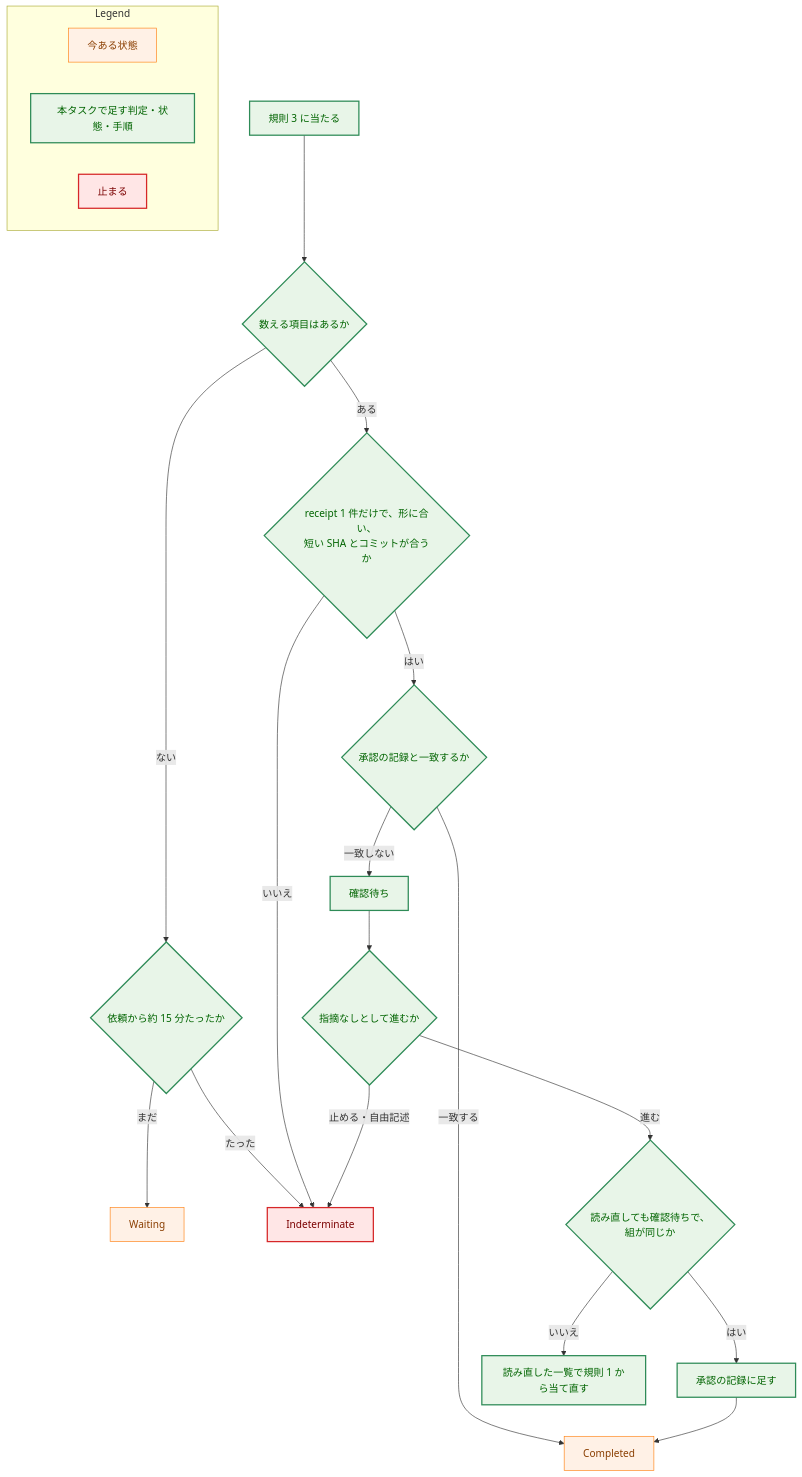
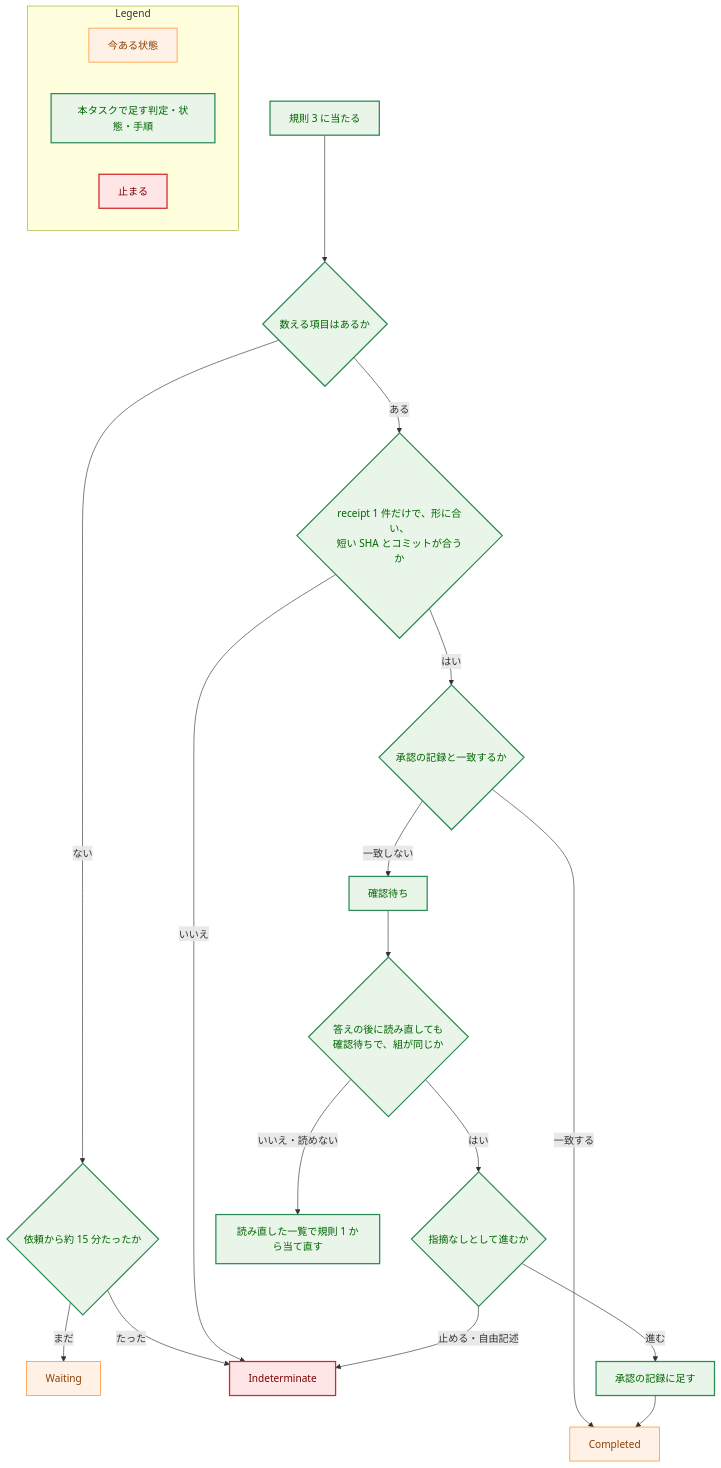
One commit to isseis/yt2column changed the fifth of 5 diagrams in docs/tasks/0108_codex_null_findings_receipt/02_architecture.md. Above: the diagram before and after it, drawn with Mermaid. The commit also changed other lines of this file, not shown here.

First line of the commit message:
docs(0108): close the review gaps around applying an answer

````diff
--- a/docs/tasks/0108_codex_null_findings_receipt/02_architecture.md
+++ b/docs/tasks/0108_codex_null_findings_receipt/02_architecture.md
@@ -592,50 +593,50 @@
 ```mermaid
 flowchart TD
     classDef process fill:#fff1e6,stroke:#ff7f0e,stroke-width:1px,color:#8a3e00;
     classDef enhanced fill:#e8f5e8,stroke:#2e8b57,stroke-width:2px,color:#006400;
     classDef problem fill:#ffe6e6,stroke:#d62728,stroke-width:2px,color:#7b0000;
 
     START["規則 3 に当たる"]
     COUNT{"数える項目はあるか"}
     DEADLINE{"依頼から約 15 分たったか"}
     ONE{"receipt 1 件だけで、形に合い、<br>短い SHA とコミットが合うか"}
     MATCH{"承認の記録と一致するか"}
     WAIT["Waiting"]
     IND["Indeterminate"]
     DONE["Completed"]
     ASK["確認待ち"]
     ANSWER{"指摘なしとして進むか"}
-    RECHECK{"読み直しても確認待ちで、<br>組が同じか"}
+    RECHECK{"答えの後に読み直しても<br>確認待ちで、組が同じか"}
     REMEMBER["承認の記録に足す"]
     AGAIN["読み直した一覧で規則 1 から当て直す"]
 
     START --> COUNT
     COUNT -->|"ない"| DEADLINE
     DEADLINE -->|"まだ"| WAIT
     DEADLINE -->|"たった"| IND
     COUNT -->|"ある"| ONE
     ONE -->|"いいえ"| IND
     ONE -->|"はい"| MATCH
     MATCH -->|"一致する"| DONE
     MATCH -->|"一致しない"| ASK
-    ASK --> ANSWER
+    ASK --> RECHECK
+    RECHECK -->|"いいえ・読めない"| AGAIN
+    RECHECK -->|"はい"| ANSWER
     ANSWER -->|"止める・自由記述"| IND
-    ANSWER -->|"進む"| RECHECK
-    RECHECK -->|"いいえ"| AGAIN
-    RECHECK -->|"はい"| REMEMBER
+    ANSWER -->|"進む"| REMEMBER
     REMEMBER --> DONE
 
     class START,COUNT,DEADLINE,ONE,MATCH,ANSWER,RECHECK enhanced
     class WAIT,DONE process
     class ASK,REMEMBER,AGAIN enhanced
     class IND problem
 
     subgraph Legend["Legend"]
         L1["今ある状態"]
         L2["本タスクで足す判定・状態・手順"]
         L3["止まる"]
     end
     class L1 process
     class L2 enhanced
     class L3 problem
 ```
````
